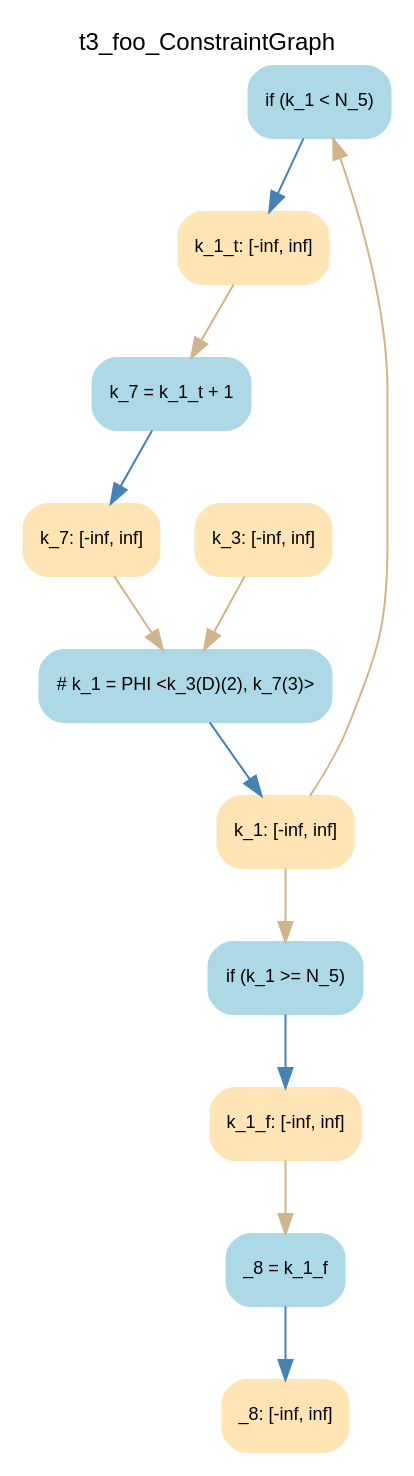
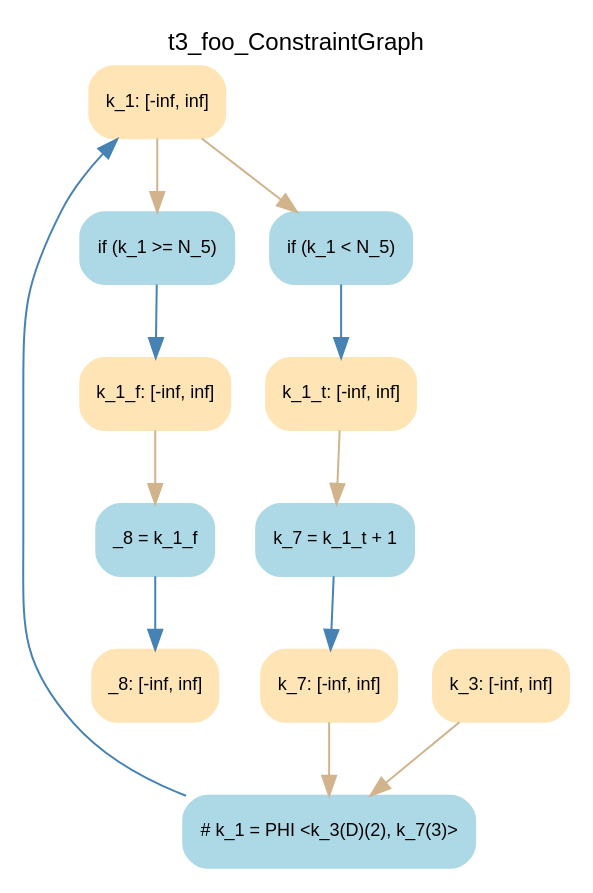
Before and after one commit to DeleteMemoryyy/RangeAnalysis: the diagram in dot/t3_foo_ConstraintGraph.dot, drawn with Graphviz. The commit also changed 50 other files, not shown here.

```diff
--- a/dot/t3_foo_ConstraintGraph.dot
+++ b/dot/t3_foo_ConstraintGraph.dot
@@ -1,33 +1,33 @@
 digraph t3_foo_ConstraintGraph { 
 	label=t3_foo_ConstraintGraph
 	center=true
 	labelloc=top
 	fontname=Arial
 	fontsize=12
 	edge[fontname=Arial, fontsize=10]
 	node[fontname=Arial, fontsize=9]
 
 		Node_0 -> Node_1 [color=steelblue]
 		Node_2 -> Node_3 [color=steelblue]
 		Node_4 -> Node_5 [color=steelblue]
 		Node_6 -> Node_7 [color=steelblue]
 		Node_8 -> Node_9 [color=steelblue]
-		Node_3 -> Node_4 [color=tan]
-		Node_5 -> Node_0 [color=tan]
-		Node_5 -> Node_6 [color=tan]
-		Node_1 -> Node_2 [color=tan]
-		Node_10 -> Node_4 [color=tan]
-		Node_7 -> Node_8 [color=tan]
+		Node_10 -> Node_2 [color=tan]
+		Node_9 -> Node_4 [color=tan]
+		Node_5 -> Node_2 [color=tan]
+		Node_1 -> Node_6 [color=tan]
+		Node_3 -> Node_0 [color=tan]
+		Node_3 -> Node_8 [color=tan]
 
-	Node_0 [fillcolor=lightblue, color=lightblue, shape=Mrecord, style=filled, label="{ if (k_1 \< N_5) }"]
-	Node_2 [fillcolor=lightblue, color=lightblue, shape=Mrecord, style=filled, label="{ k_7 = k_1_t + 1 }"]
-	Node_4 [fillcolor=lightblue, color=lightblue, shape=Mrecord, style=filled, label="{ # k_1 = PHI \<k_3(D)(2), k_7(3)\> }"]
-	Node_6 [fillcolor=lightblue, color=lightblue, shape=Mrecord, style=filled, label="{ if (k_1 \>= N_5) }"]
-	Node_8 [fillcolor=lightblue, color=lightblue, shape=Mrecord, style=filled, label="{ _8 = k_1_f }"]
-	Node_3 [fillcolor=moccasin, color=moccasin, shape=Mrecord, style=filled, label="{ k_7: \[-inf, inf\] }"]
-	Node_5 [fillcolor=moccasin, color=moccasin, shape=Mrecord, style=filled, label="{ k_1: \[-inf, inf\] }"]
-	Node_1 [fillcolor=moccasin, color=moccasin, shape=Mrecord, style=filled, label="{ k_1_t: \[-inf, inf\] }"]
+	Node_0 [fillcolor=lightblue, color=lightblue, shape=Mrecord, style=filled, label="{ if (k_1 \>= N_5) }"]
+	Node_2 [fillcolor=lightblue, color=lightblue, shape=Mrecord, style=filled, label="{ # k_1 = PHI \<k_3(D)(2), k_7(3)\> }"]
+	Node_4 [fillcolor=lightblue, color=lightblue, shape=Mrecord, style=filled, label="{ k_7 = k_1_t + 1 }"]
+	Node_6 [fillcolor=lightblue, color=lightblue, shape=Mrecord, style=filled, label="{ _8 = k_1_f }"]
+	Node_8 [fillcolor=lightblue, color=lightblue, shape=Mrecord, style=filled, label="{ if (k_1 \< N_5) }"]
+	Node_7 [fillcolor=moccasin, color=moccasin, shape=Mrecord, style=filled, label="{ _8: \[-inf, inf\] }"]
 	Node_10 [fillcolor=moccasin, color=moccasin, shape=Mrecord, style=filled, label="{ k_3: \[-inf, inf\] }"]
-	Node_7 [fillcolor=moccasin, color=moccasin, shape=Mrecord, style=filled, label="{ k_1_f: \[-inf, inf\] }"]
-	Node_9 [fillcolor=moccasin, color=moccasin, shape=Mrecord, style=filled, label="{ _8: \[-inf, inf\] }"]
+	Node_9 [fillcolor=moccasin, color=moccasin, shape=Mrecord, style=filled, label="{ k_1_t: \[-inf, inf\] }"]
+	Node_5 [fillcolor=moccasin, color=moccasin, shape=Mrecord, style=filled, label="{ k_7: \[-inf, inf\] }"]
+	Node_1 [fillcolor=moccasin, color=moccasin, shape=Mrecord, style=filled, label="{ k_1_f: \[-inf, inf\] }"]
+	Node_3 [fillcolor=moccasin, color=moccasin, shape=Mrecord, style=filled, label="{ k_1: \[-inf, inf\] }"]
 }
```
